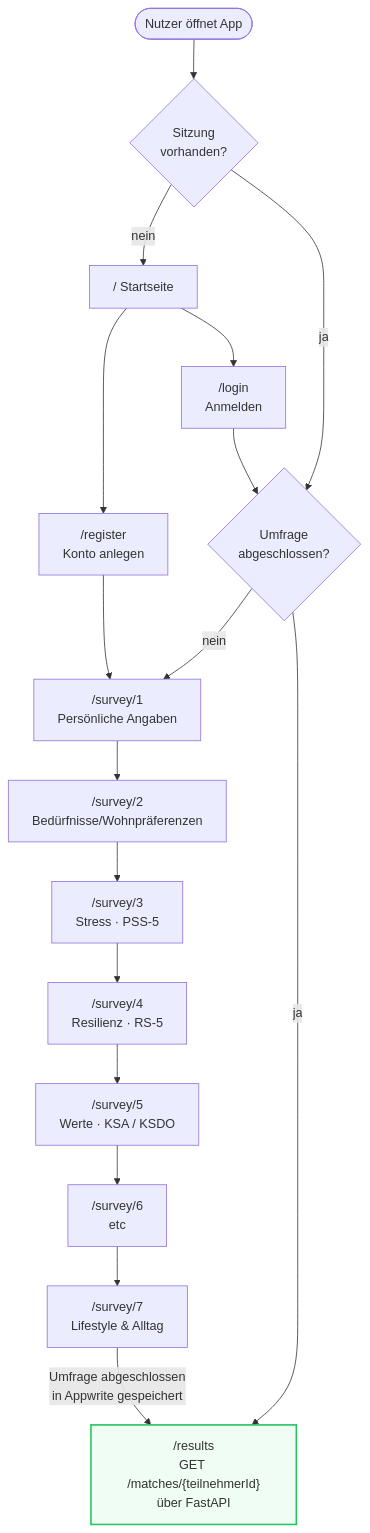
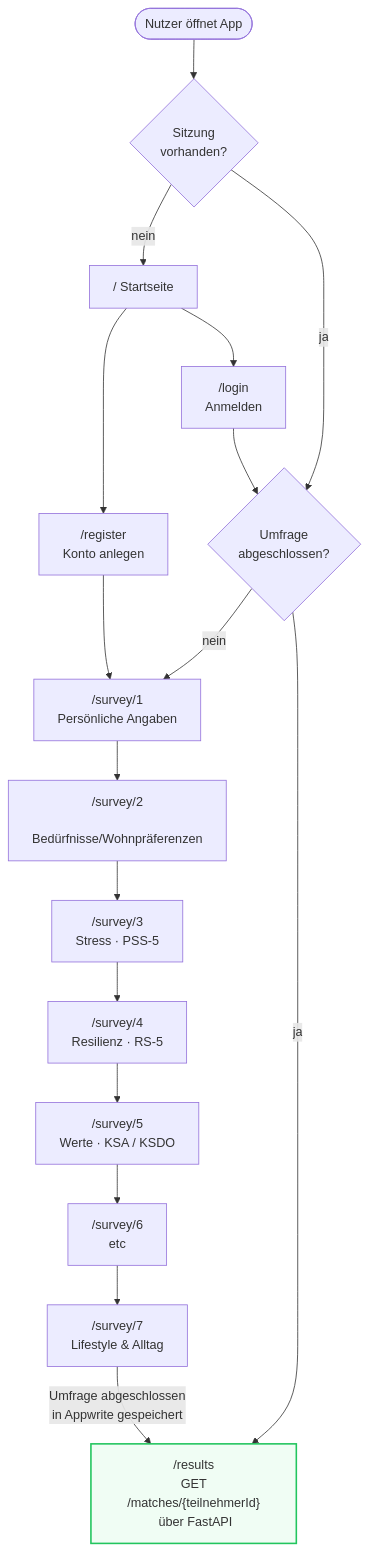
The third of 3 diagrams in docs/index.md (Zick-del/roommate-matching-nextjs), drawn with Mermaid before and after one commit. The commit also changed other lines of this file, not shown here.

Commit message:
feat: improve formatting and spacing in mermaid diagrams for better readability

````diff
--- a/docs/index.md
+++ b/docs/index.md
@@ -78,30 +78,30 @@
 ```mermaid
 flowchart TD
     START(["Nutzer öffnet App"])
 
-    START --> CHECK{"Sitzung\nvorhanden?"}
+    START --> CHECK{"Sitzung\n vorhanden?"}
     CHECK -->|"nein"| AUTH["/ Startseite"]
-    CHECK -->|"ja"| SDONE{"Umfrage\nabgeschlossen?"}
+    CHECK -->|"ja"| SDONE{"Umfrage\n abgeschlossen?"}
 
-    AUTH --> REG["/register\nKonto anlegen"]
-    AUTH --> LOGIN["/login\nAnmelden"]
+    AUTH --> REG["/register\n Konto anlegen"]
+    AUTH --> LOGIN["/login\n Anmelden"]
 
     REG --> S1
     LOGIN --> SDONE
 
-    SDONE -->|"nein"| S1["/survey/1\nPersönliche Angaben"]
+    SDONE -->|"nein"| S1["/survey/1\n Persönliche Angaben"]
     SDONE -->|"ja"| RES
 
-    S1 --> S2["/survey/2\nBedürfnisse/Wohnpräferenzen"]
-    S2 --> S3["/survey/3\nStress · PSS-5"]
-    S3 --> S4["/survey/4\nResilienz · RS-5"]
-    S4 --> S5["/survey/5\nWerte · KSA / KSDO"]
-    S5 --> S6["/survey/6\netc"]
-    S6 --> S7["/survey/7\nLifestyle & Alltag"]
+    S1 --> S2["/survey/2\n Bedürfnisse/Wohnpräferenzen"]
+    S2 --> S3["/survey/3\n Stress · PSS-5"]
+    S3 --> S4["/survey/4\n Resilienz · RS-5"]
+    S4 --> S5["/survey/5\n Werte · KSA / KSDO"]
+    S5 --> S6["/survey/6\n etc"]
+    S6 --> S7["/survey/7\n Lifestyle & Alltag"]
 
-    S7 -->|"Umfrage abgeschlossen\nin Appwrite gespeichert"| RES
+    S7 -->|"Umfrage abgeschlossen\n in Appwrite gespeichert"| RES
 
-    RES["/results\nGET /matches/{teilnehmerId}\nüber FastAPI"]
+    RES["/results\n GET /matches/{teilnehmerId}\n über FastAPI"]
 
     style RES fill:#f0fdf4,stroke:#22c55e,stroke-width:2px
 ```
````
